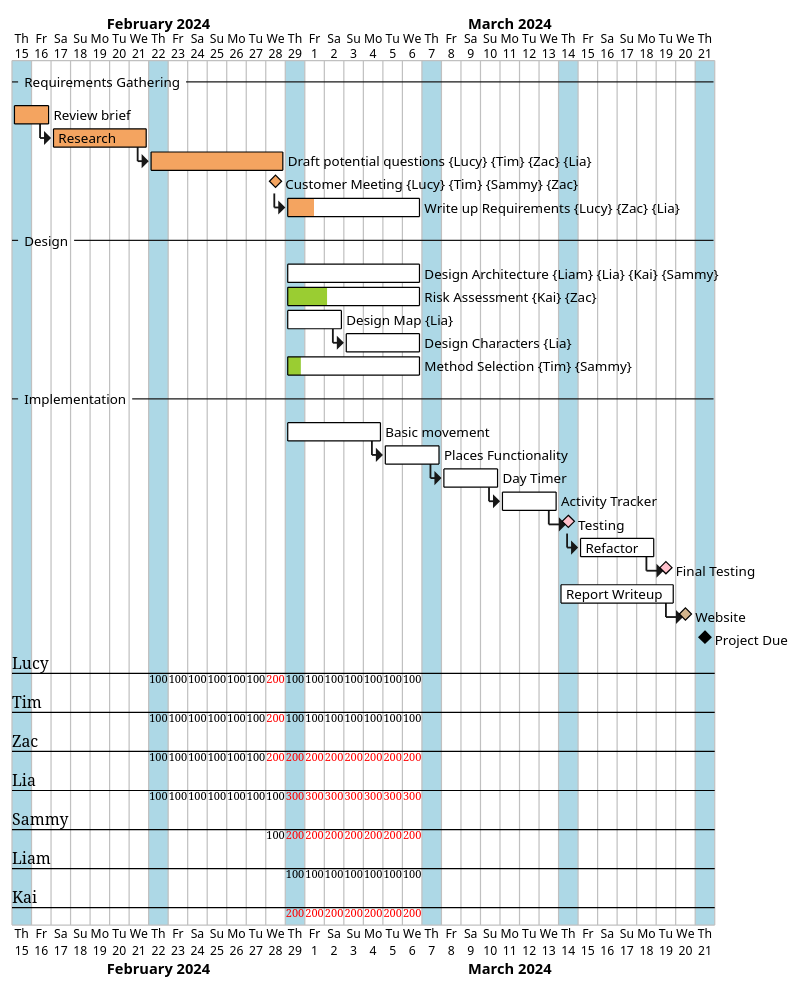
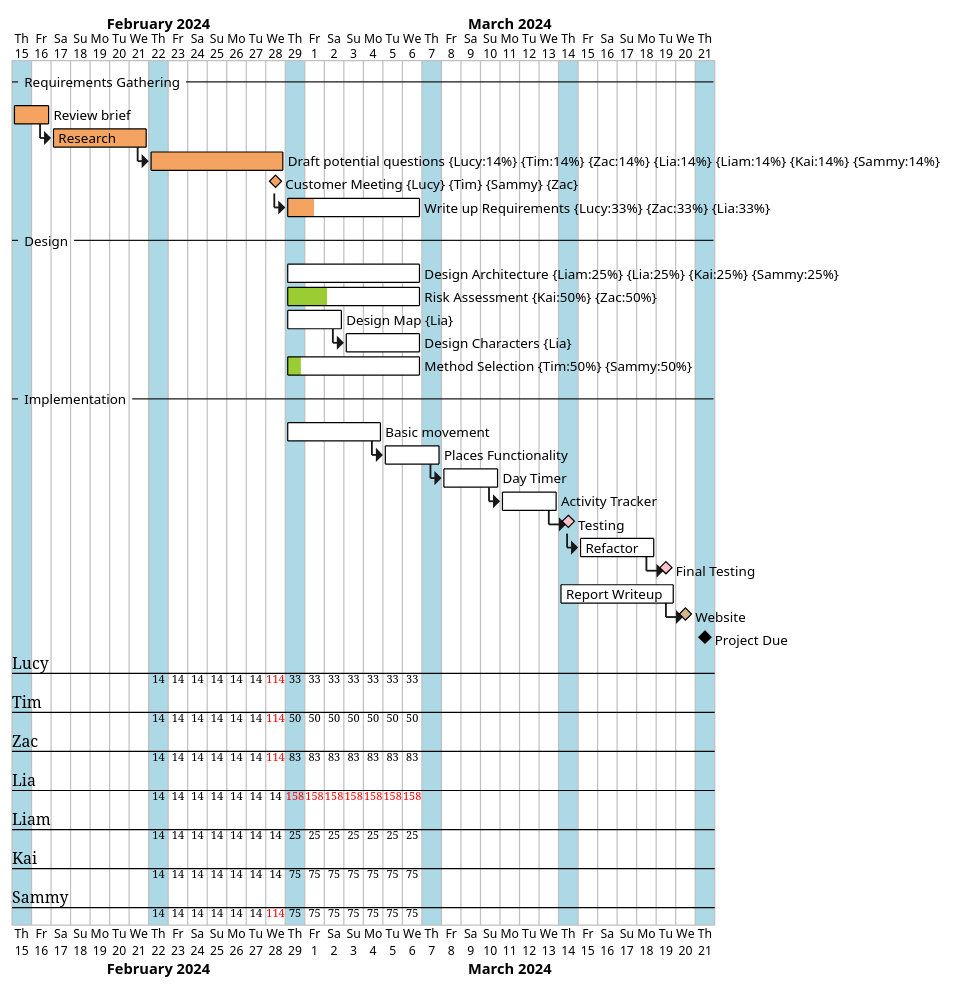
Before and after one commit to TheRealEmissions/uoy-eng1: the diagram in gannt.puml, drawn with PlantUML.

Commit message:
fixed formatting
fixed resource allocation so that the resource allocation at the bottom is correct

```diff
--- a/gannt.puml
+++ b/gannt.puml
@@ -1,52 +1,52 @@
 @startgantt
 Project starts 2024-02-15
 
 ' Days of Practicals
 2024-02-15 is colored in lightblue
 2024-02-22 is colored in lightblue
 2024-02-29 is colored in lightblue
 2024-03-07 is colored in lightblue
 2024-03-14 is colored in lightblue
 2024-03-21 is colored in lightblue
 
 --Requirements Gathering--
 [Review brief] requires 2 days and is colored in sandybrown/black
 then [Research] requires 5 days and is colored in sandybrown/black
-then [Draft potential questions] on {Lucy}{Tim}{Zac}{Lia} requires 28 days and is colored in sandybrown/black
+then [Draft potential questions] on {Lucy:14}{Tim:14}{Zac:14}{Lia:14}{Liam:14}{Kai:14}{Sammy:14} requires 6 days and is colored in sandybrown/black
 
 [Customer Meeting] on {Lucy}{Tim}{Sammy}{Zac} happens at [Draft potential questions]'s end and is colored in sandybrown/black
-then [Write up Requirements] on {Lucy}{Zac}{Lia} requires 21 days and is colored in sandybrown/black and is 0% complete
+then [Write up Requirements] on {Lucy:33}{Zac:33}{Lia:33} requires 6 days and is colored in sandybrown/black and is 0% complete
 [Write up Requirements] is 20% complete
 
 --Design--
-[Design Architecture] on {Liam}{Lia}{Kai}{Sammy} starts at 2024-02-29 and requires 28 days and is colored in yellowgreen/black
+[Design Architecture] on {Liam:25}{Lia:25}{Kai:25}{Sammy:25} starts at 2024-02-29 and requires 7 days and is colored in yellowgreen/black
 [Design Architecture] is 0% complete
-[Risk Assessment] on {Kai}{Zac} starts at 2024-02-29 and requires 14 days and is colored in yellowgreen/black
+[Risk Assessment] on {Kai:50}{Zac:50} starts at 2024-02-29 and requires 7 days and is colored in yellowgreen/black
 [Risk Assessment] is 30% complete
 [Design Map] on {Lia} starts at 2024-02-29 and requires 3 days and is colored in yellowgreen/black
 [Design Map] is 0% complete
 then [Design Characters] on {Lia} requires 4 days and is colored in yellowgreen/black
 [Design Characters] is 0% complete
-[Method Selection] on {Tim}{Sammy} starts at 2024-02-29 and requires 14 days and is colored in yellowgreen/black
+[Method Selection] on {Tim:50}{Sammy:50} starts at 2024-02-29 and requires 7 days and is colored in yellowgreen/black
 [Method Selection] is 10% complete
 
 --Implementation--
 [Basic movement] requires 5 days and starts at 2024-02-29 and is colored in pink/black
 [Basic movement] is 0% complete
 then [Places Functionality] requires 3 days and is colored in pink/black
 [Places Functionality] is 0% complete
 then [Day Timer] requires 3 days and is colored in pink/black
 [Day Timer] is 0% complete
 then [Activity Tracker] requires 3 days and is colored in pink/black
 [Activity Tracker] is 0% complete
 then [Testing] happens at [Activity Tracker]'s end and is colored in pink/black
 then [Refactor] requires 4 days and is colored in pink/black
 [Refactor] is 0% complete
 then [Final Testing] happens at [Refactor]'s end and is colored in pink/black
 [Final Testing] is 0% complete
 
 [Report Writeup] requires 6 days and starts at 2024-03-14 and is colored in tan/black
 [Report Writeup] is 0% complete
 then [Website] happens at [Report Writeup]'s end and is colored in tan/black
 [Project Due] happens at 2024-03-21
 @endgantt
```
